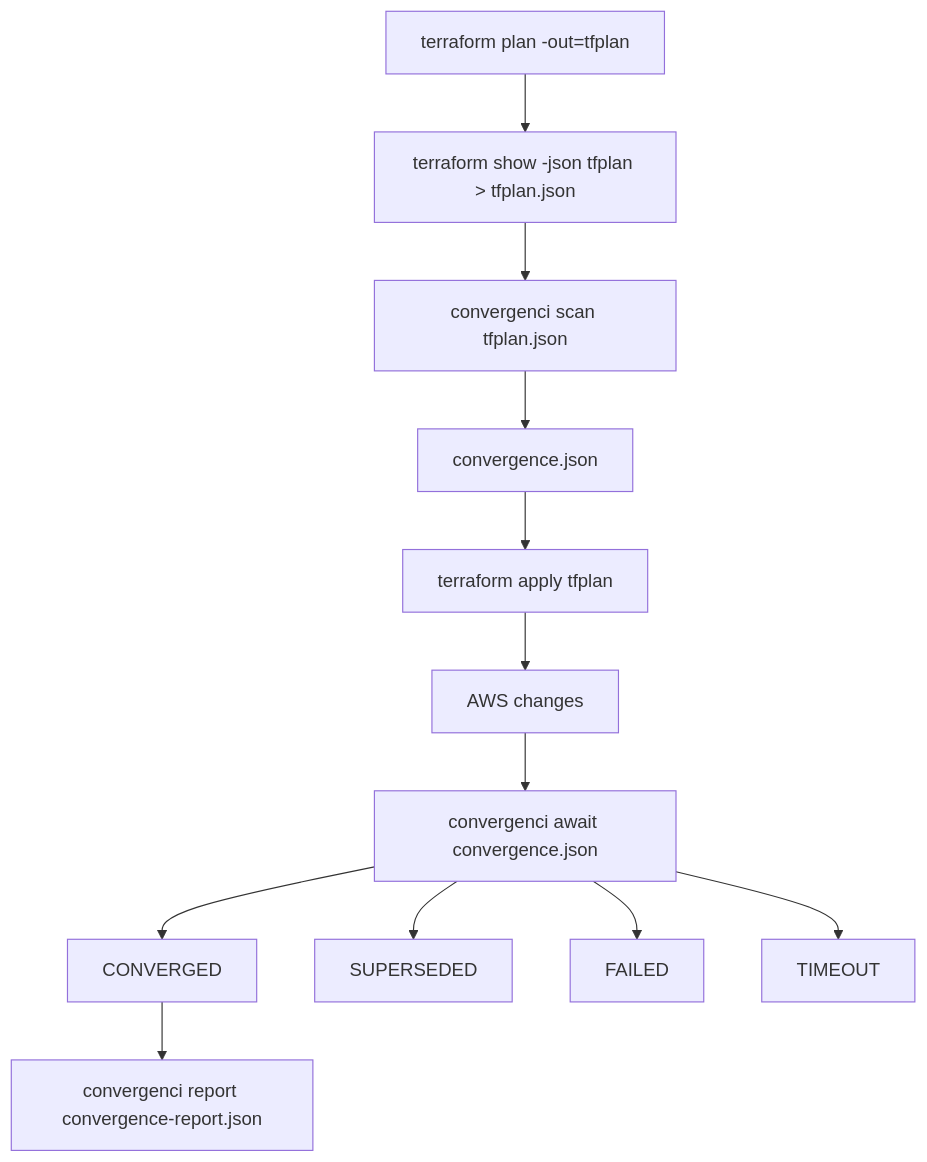
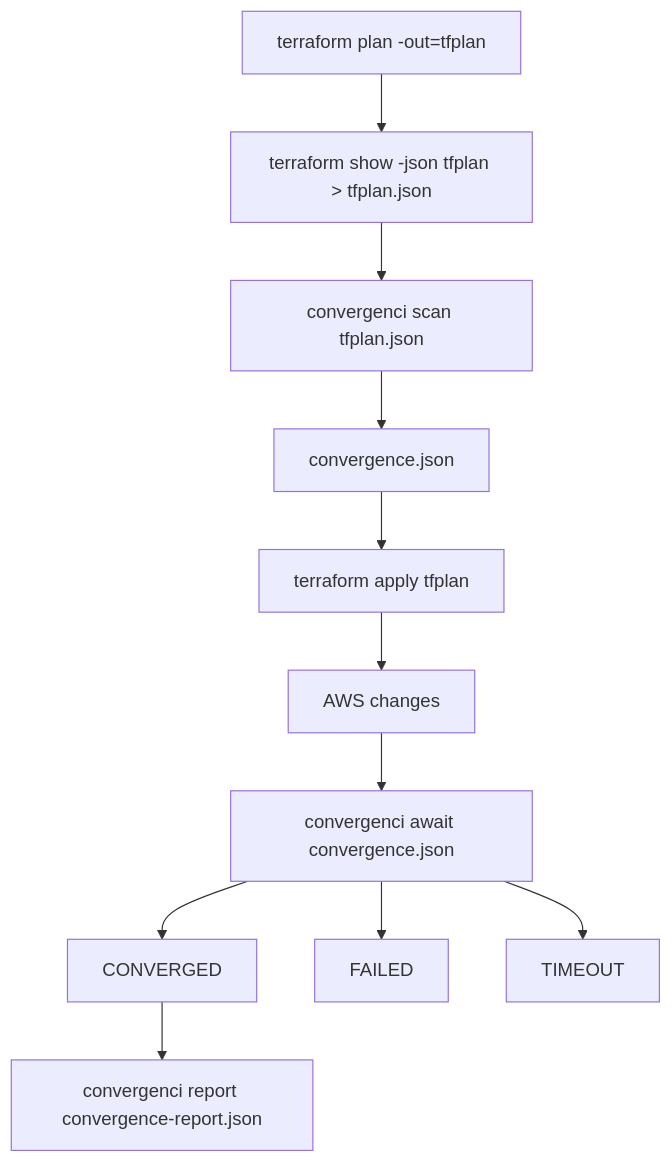
One commit to iilei/convergenci changed the fifth of 5 diagrams in adr/design_decisions.md. Above: the diagram before and after it, drawn with Mermaid. The commit also changed other lines of this file and 1 other file, not shown here.

````diff
--- a/adr/design_decisions.md
+++ b/adr/design_decisions.md
@@ -820,14 +812,13 @@
 ```mermaid
 flowchart TD
     A["terraform plan -out=tfplan"] --> B["terraform show -json tfplan > tfplan.json"]
     B --> C["convergenci scan tfplan.json"]
     C --> D["convergence.json"]
     D --> E["terraform apply tfplan"]
     E --> F["AWS changes"]
     F --> G["convergenci await convergence.json"]
     G --> H["CONVERGED"]
-    G --> I["SUPERSEDED"]
     G --> J["FAILED"]
     G --> K["TIMEOUT"]
     H --> L["convergenci report convergence-report.json"]
 ```
````
